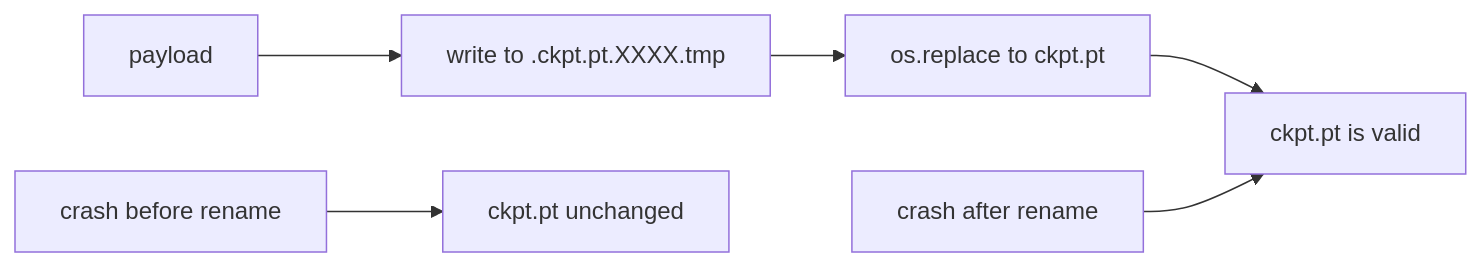
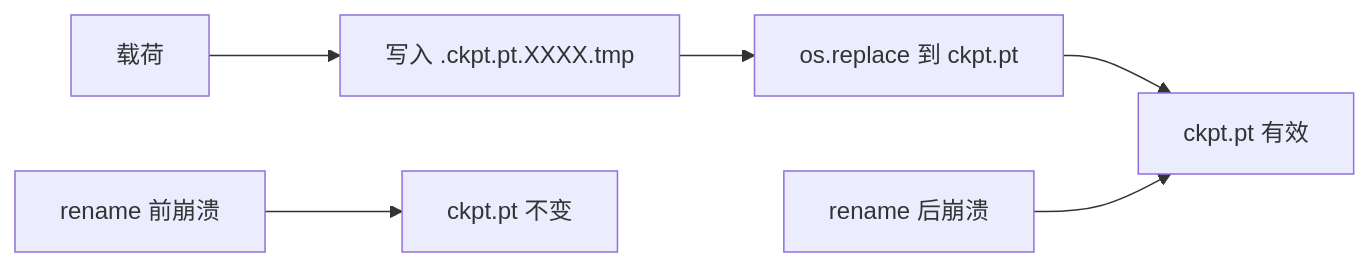
The second of 3 diagrams in phases/19-capstone-projects/47-checkpoint-save-resume/docs/zh.md (alessandrodinisio-ai/ai-engineering-learning-framework), drawn with Mermaid before and after one commit. The commit also changed other lines of this file and 120 other files, not shown here.

First line of the commit message:
i18n(mermaid): 337 个 mermaid 图表标签中文化

````diff
--- a/phases/19-capstone-projects/47-checkpoint-save-resume/docs/zh.md
+++ b/phases/19-capstone-projects/47-checkpoint-save-resume/docs/zh.md
@@ -50,8 +50,8 @@
 ```mermaid
 flowchart LR
-  payload[payload] --> tmpf[write to .ckpt.pt.XXXX.tmp]
-  tmpf --> rename[os.replace to ckpt.pt]
-  rename --> done[ckpt.pt is valid]
-  crash1[crash before rename] --> orig[ckpt.pt unchanged]
-  crash2[crash after rename] --> done
+  payload[载荷] --> tmpf[写入 .ckpt.pt.XXXX.tmp]
+  tmpf --> rename[os.replace 到 ckpt.pt]
+  rename --> done[ckpt.pt 有效]
+  crash1[rename 前崩溃] --> orig[ckpt.pt 不变]
+  crash2[rename 后崩溃] --> done
 ```
````
